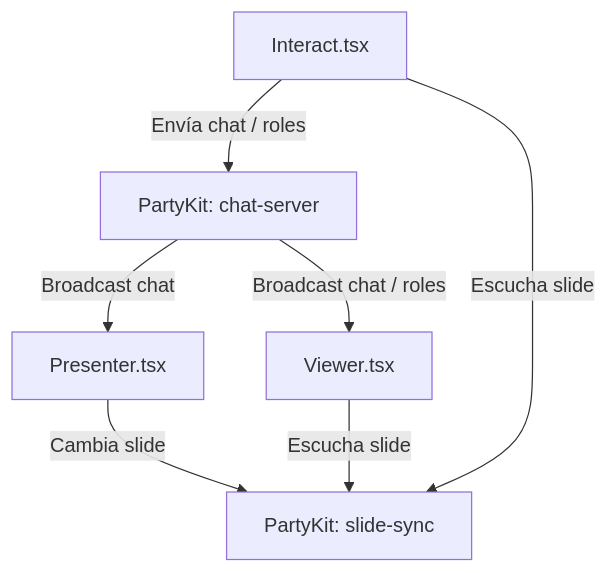
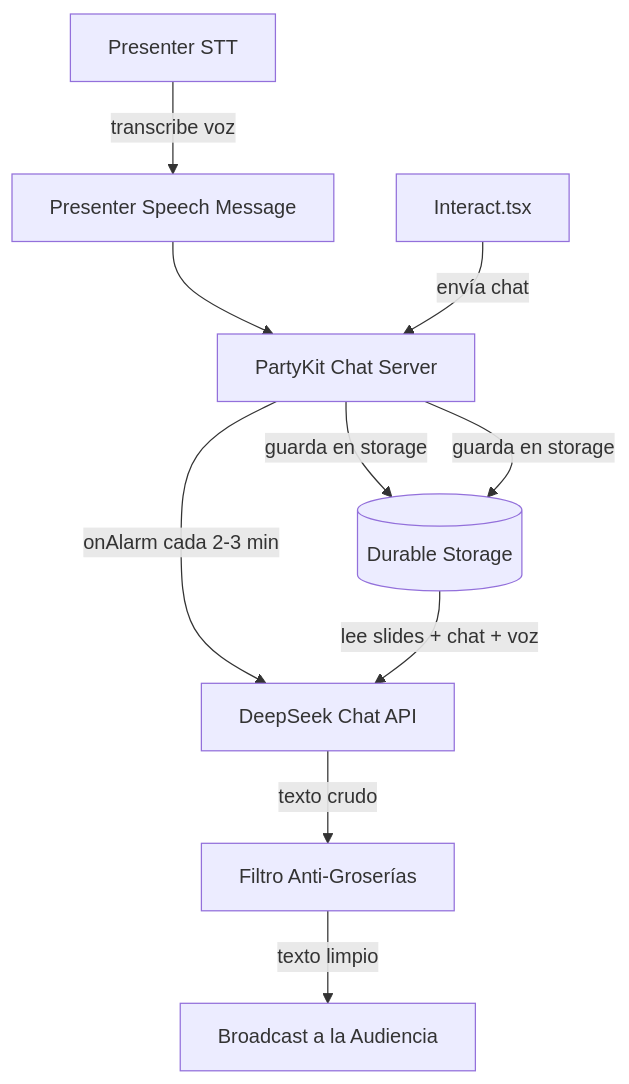
The diagram in openspec/exploration.md (nicourrutia98/opita-live-deck), drawn with Mermaid before and after one commit. The commit also changed other lines of this file and 8 other files, not shown here.

````diff
--- a/openspec/exploration.md
+++ b/openspec/exploration.md
@@ -13,10 +26,14 @@
 ```mermaid
 graph TD
-    Presenter[Presenter.tsx] -- Cambia slide --> SlideSync[PartyKit: slide-sync]
-    Viewer[Viewer.tsx] -- Escucha slide --> SlideSync
-    Audience[Interact.tsx] -- Escucha slide --> SlideSync
+    Presenter[Presenter STT] -- transcribe voz --> WS_Speech[Presenter Speech Message]
+    WS_Speech --> PartyKit[PartyKit Chat Server]
+    PartyKit -- guarda en storage --> Storage[(Durable Storage)]
     
-    Audience -- Envía chat / roles --> ChatServer[PartyKit: chat-server]
-    ChatServer -- Broadcast chat / roles --> Viewer
-    ChatServer -- Broadcast chat --> Presenter
+    Audience[Interact.tsx] -- envía chat --> PartyKit
+    PartyKit -- guarda en storage --> Storage
+    
+    PartyKit -- onAlarm cada 2-3 min --> LLM_Check[DeepSeek Chat API]
+    Storage -- lee slides + chat + voz --> LLM_Check
+    LLM_Check -- texto crudo --> SafetyFilter[Filtro Anti-Groserías]
+    SafetyFilter -- texto limpio --> Broadcast[Broadcast a la Audiencia]
 ```
````
